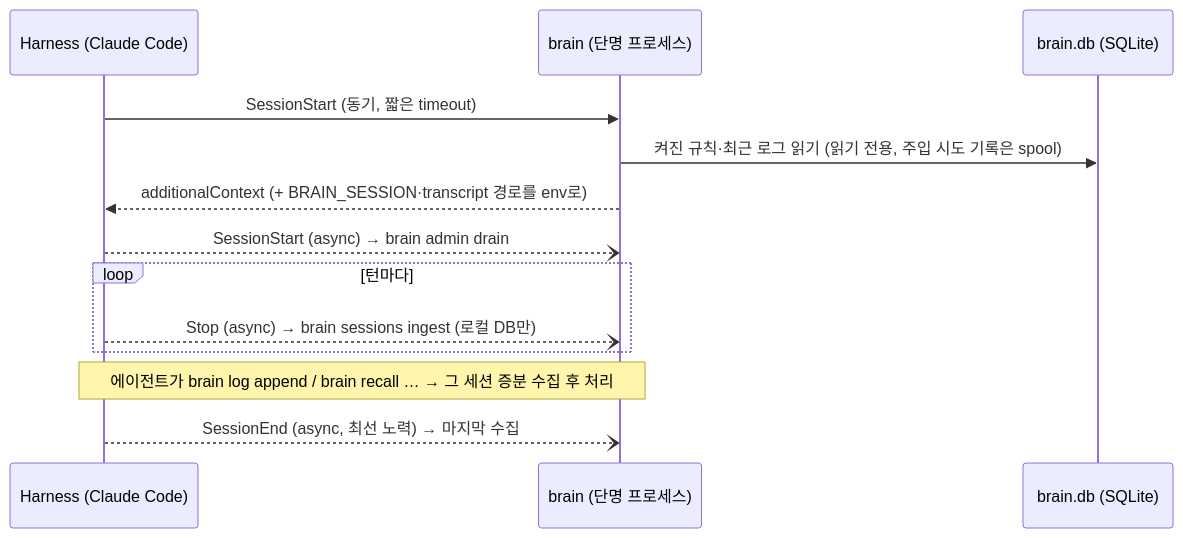
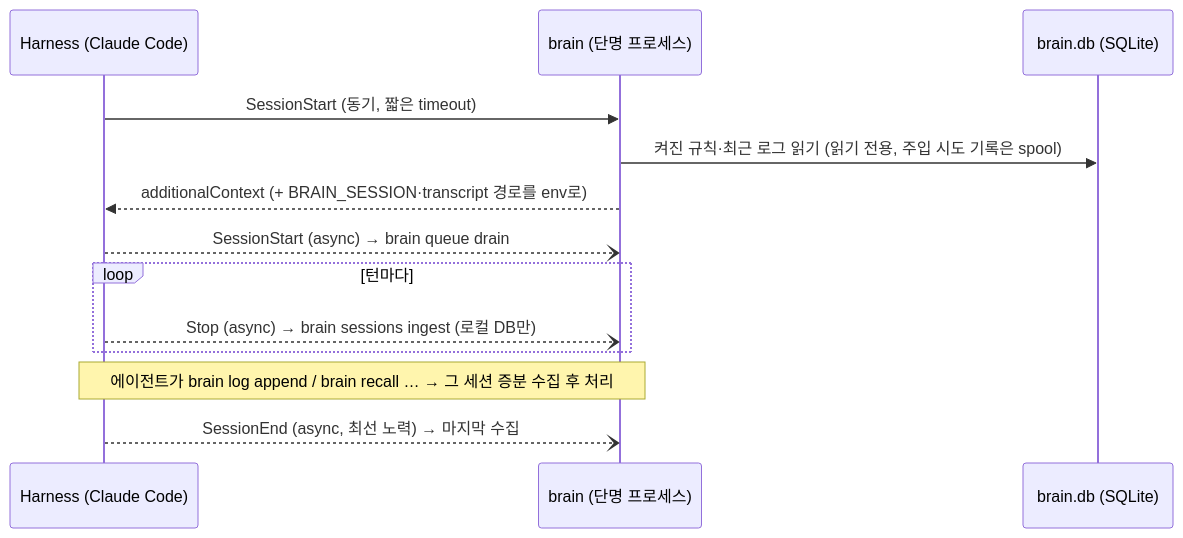
One commit to gmae199boy/second-brain changed the second of 4 diagrams in _bmad-output/personal-brain/architecture-brain-v1-slice-1/architecture-brain-v1-slice-1.md. Above: the diagram before and after it, drawn with Mermaid. The commit also changed other lines of this file and 22 other files, not shown here.

````diff
--- a/_bmad-output/personal-brain/architecture-brain-v1-slice-1/architecture-brain-v1-slice-1.md
+++ b/_bmad-output/personal-brain/architecture-brain-v1-slice-1/architecture-brain-v1-slice-1.md
@@ -123,15 +131,15 @@
 ```mermaid
 sequenceDiagram
   participant H as Harness (Claude Code)
   participant B as brain (단명 프로세스)
-  participant PG as brain.db (SQLite)
+  participant DB as brain.db (SQLite)
   H->>B: SessionStart (동기, 짧은 timeout)
-  B->>PG: 켜진 규칙·최근 로그 읽기 (읽기 전용, 주입 시도 기록은 spool)
+  B->>DB: 켜진 규칙·최근 로그 읽기 (읽기 전용, 주입 시도 기록은 spool)
   B-->>H: additionalContext (+ BRAIN_SESSION·transcript 경로를 env로)
-  H--)B: SessionStart (async) → brain admin drain
+  H--)B: SessionStart (async) → brain queue drain
   loop 턴마다
     H--)B: Stop (async) → brain sessions ingest (로컬 DB만)
   end
   Note over H,B: 에이전트가 brain log append / brain recall … → 그 세션 증분 수집 후 처리
   H--)B: SessionEnd (async, 최선 노력) → 마지막 수집
 ```
````
